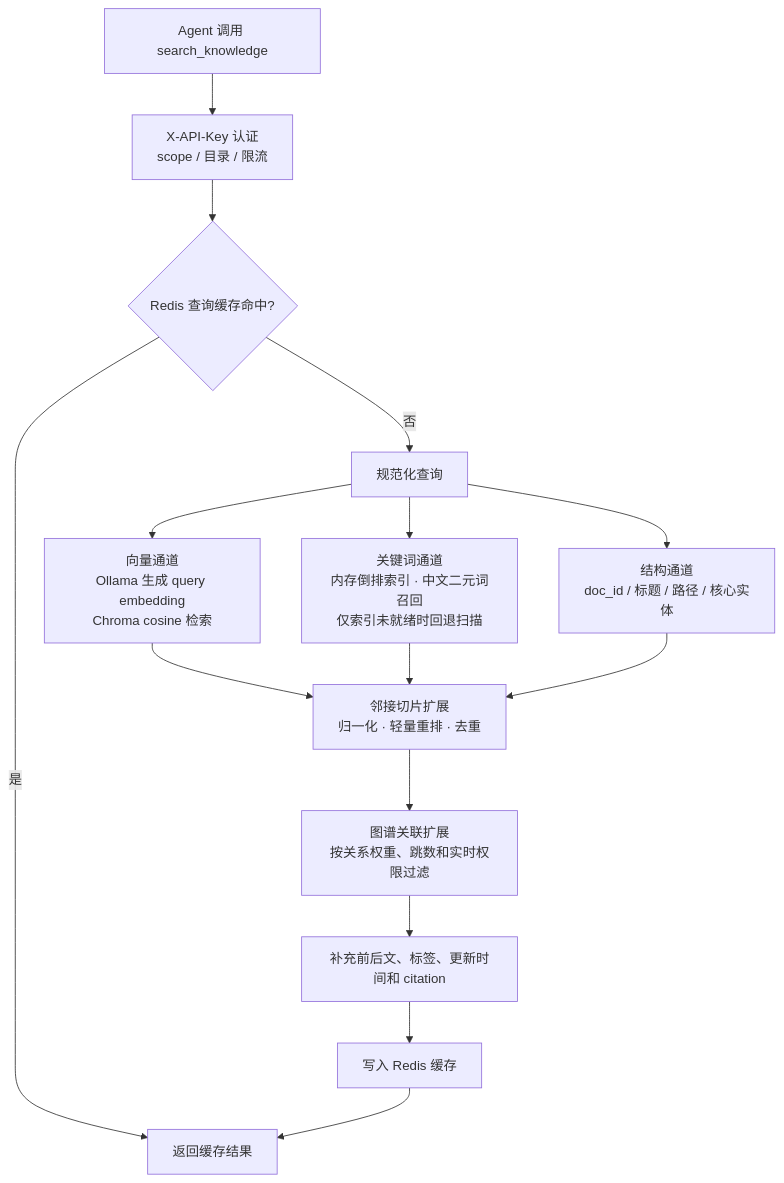
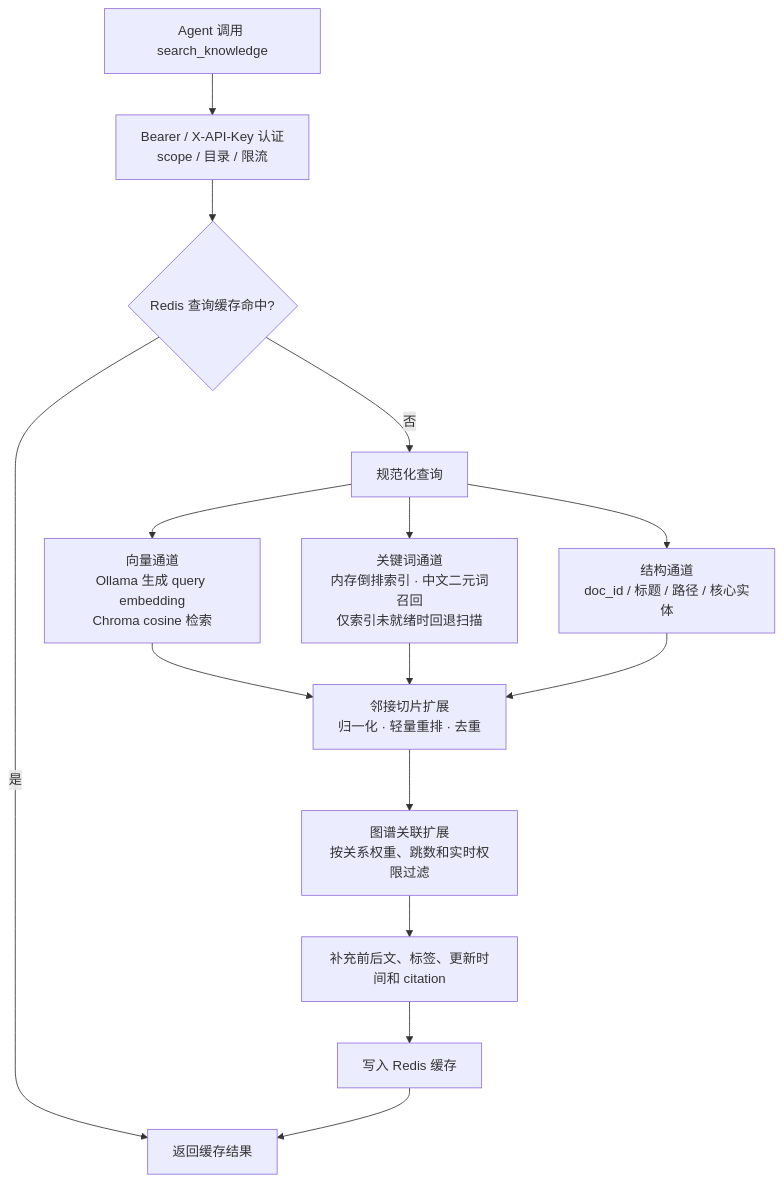
Before and after one commit to KingDevatil/knowledge-base-management: the second of 2 diagrams in README.md, drawn with Mermaid. The commit also changed other lines of this file and 10 other files, not shown here.

````diff
--- a/README.md
+++ b/README.md
@@ -61,16 +61,16 @@
 ```mermaid
 flowchart TD
-    Q["Agent 调用 search_knowledge"] --> A["X-API-Key 认证<br/>scope / 目录 / 限流"]
+    Q["Agent 调用 search_knowledge"] --> A["Bearer / X-API-Key 认证<br/>scope / 目录 / 限流"]
     A --> C{"Redis 查询缓存命中?"}
     C -- 是 --> R["返回缓存结果"]
     C -- 否 --> N["规范化查询"]
     N --> V["向量通道<br/>Ollama 生成 query embedding<br/>Chroma cosine 检索"]
     N --> K["关键词通道<br/>内存倒排索引 · 中文二元词召回<br/>仅索引未就绪时回退扫描"]
     N --> S["结构通道<br/>doc_id / 标题 / 路径 / 核心实体"]
     V --> P["邻接切片扩展<br/>归一化 · 轻量重排 · 去重"]
     K --> P
     S --> P
     P --> G["图谱关联扩展<br/>按关系权重、跳数和实时权限过滤"]
     G --> E["补充前后文、标签、更新时间和 citation"]
     E --> W["写入 Redis 缓存"] --> R
 ```
````
